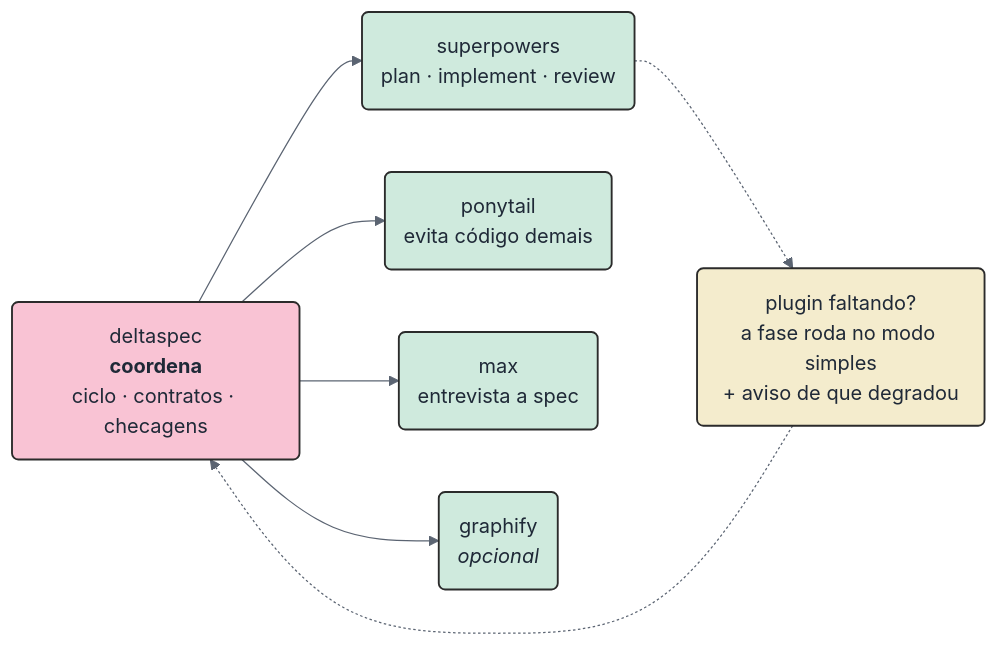
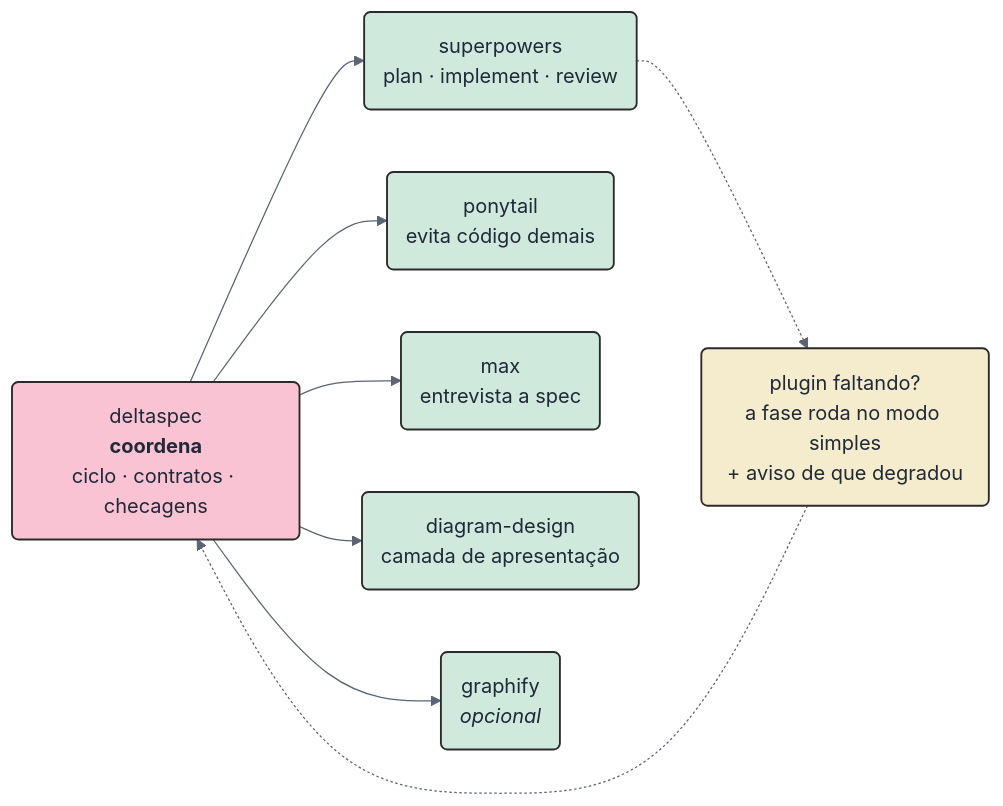
One commit to iuripereira/deltaspec changed the second of 6 diagrams in README.md. Above: the diagram before and after it, drawn with Mermaid. The commit also changed other lines of this file and 4 other files, not shown here.

First line of the commit message:
fix(instala-motores): diagram-design entra no caminho de instalação — DT-019 quitado (#133)

````diff
--- a/README.md
+++ b/README.md
@@ -91,24 +91,26 @@
 ```mermaid
 %%{init: {'theme':'base','themeVariables':{'lineColor':'#5b6472','primaryTextColor':'#1f2937','primaryBorderColor':'#2b2b2b','edgeLabelBackground':'#ffffff'}}}%%
 flowchart LR
     c("deltaspec<br><b>coordena</b><br>ciclo · contratos · checagens")
     sp("superpowers<br>plan · implement · review")
     po("ponytail<br>evita código demais")
     mx("max<br>entrevista a spec")
+    dd("diagram-design<br>camada de apresentação")
     gf("graphify<br><i>opcional</i>")
     fb("plugin faltando?<br>a fase roda no modo simples<br>+ aviso de que degradou")
 
     c --> sp
     c --> po
     c --> mx
+    c --> dd
     c --> gf
     sp -.-> fb
     fb -.-> c
 
     classDef core fill:#f9c3d4,stroke:#2b2b2b,stroke-width:1.5px,color:#1f2937
     classDef motor fill:#cfeadd,stroke:#2b2b2b,stroke-width:1.5px,color:#1f2937
     classDef aviso fill:#f4eccd,stroke:#2b2b2b,stroke-width:1.5px,color:#1f2937
     class c core
-    class sp,po,mx,gf motor
+    class sp,po,mx,dd,gf motor
     class fb aviso
 ```
````
